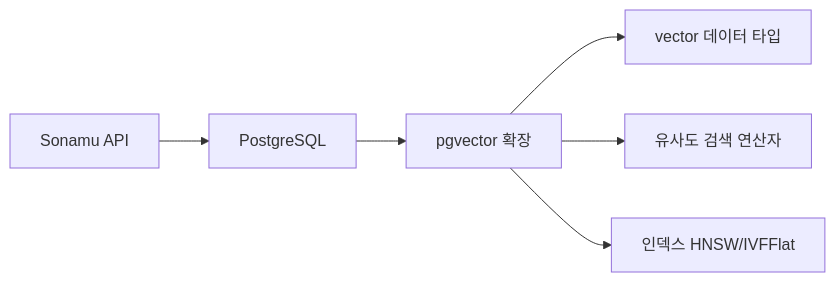
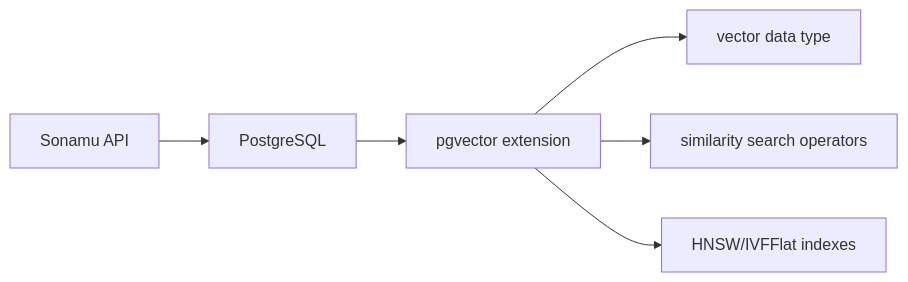
Before and after one commit to cartanova-ai/sonamu: the diagram in modules/docs/en/advanced-features/vector-search/pgvector-setup.mdx, drawn with Mermaid. The commit also changed other lines of this file and 86 other files, not shown here.

````diff
--- a/modules/docs/en/advanced-features/vector-search/pgvector-setup.mdx
+++ b/modules/docs/en/advanced-features/vector-search/pgvector-setup.mdx
@@ -84,8 +84,8 @@
 ```mermaid
 flowchart LR
     A["Sonamu API"] --> B[PostgreSQL]
-    B --> C[pgvector 확장]
-    C --> D[vector 데이터 타입]
-    C --> E[유사도 검색 연산자]
-    C --> F[인덱스 HNSW/IVFFlat]
+    B --> C[pgvector extension]
+    C --> D[vector data type]
+    C --> E[similarity search operators]
+    C --> F[HNSW/IVFFlat indexes]
 ```
````
